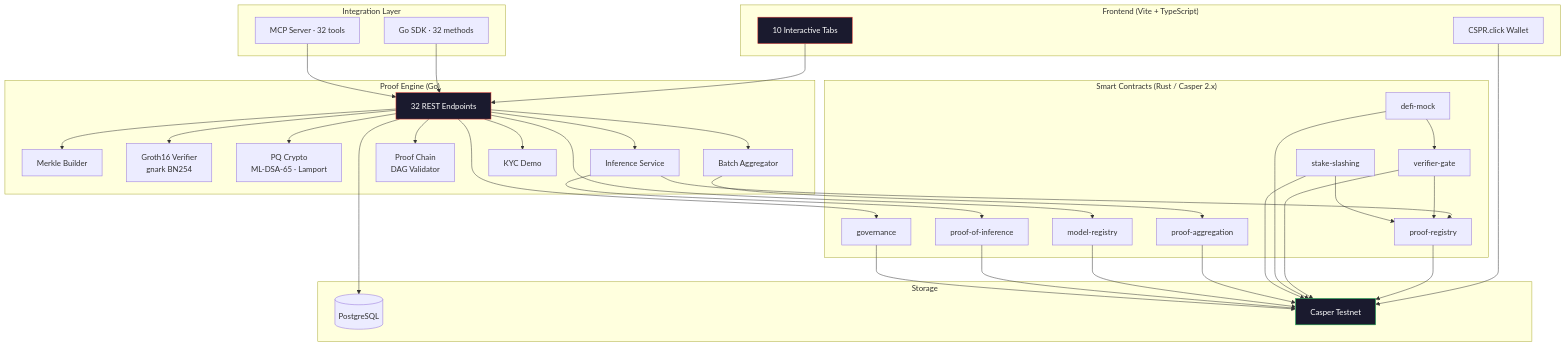
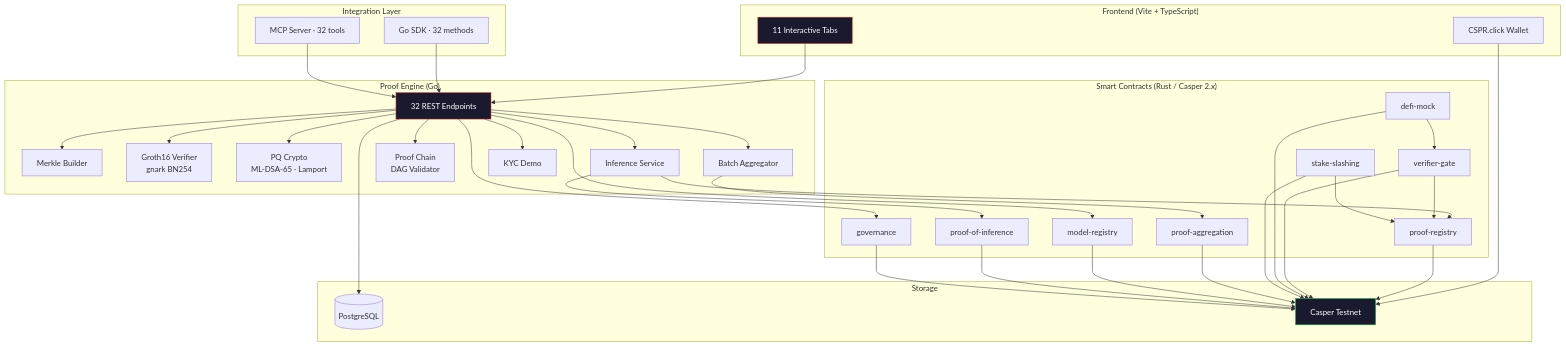
One commit to anna-stolbovskaja/CasperProver changed the second of 2 diagrams in README.md. Above: the diagram before and after it, drawn with Mermaid. The commit also changed other lines of this file and 4 other files, not shown here.

````diff
--- a/README.md
+++ b/README.md
@@ -121,59 +121,59 @@
 ```mermaid
 graph TB
     subgraph "Frontend (Vite + TypeScript)"
-        UI[10 Interactive Tabs]
+        UI[11 Interactive Tabs]
         WC[CSPR.click Wallet]
     end
 
     subgraph "Proof Engine (Go)"
         API[32 REST Endpoints]
         MK[Merkle Builder]
         ZK[Groth16 Verifier<br/>gnark BN254]
         PQ[PQ Crypto<br/>ML-DSA-65 · Lamport]
         AG[Batch Aggregator]
         PC[Proof Chain<br/>DAG Validator]
         INF[Inference Service]
         KYC[KYC Demo]
     end
 
     subgraph "Smart Contracts (Rust / Casper 2.x)"
         PR[proof-registry]
         VG[verifier-gate]
         DM[defi-mock]
         SS[stake-slashing]
         PA[proof-aggregation]
         MR[model-registry]
         POI[proof-of-inference]
         GOV[governance]
     end
 
     subgraph "Integration Layer"
         SDK[Go SDK · 32 methods]
         MCP[MCP Server · 32 tools]
     end
 
     subgraph "Storage"
         PG[(PostgreSQL)]
         CS[Casper Testnet]
     end
 
     UI --> API
     WC --> CS
     API --> MK & ZK & PQ & AG & PC & INF & KYC
     INF --> PR
     INF --> POI
     VG --> PR
     DM --> VG
     SS --> PR
     AG --> PA
     API --> MR
     API --> GOV
     API --> PG
     SDK --> API
     MCP --> API
     PR & VG & DM & SS & PA & MR & POI & GOV --> CS
 
     style UI fill:#1a1a2e,stroke:#e53935,color:#fff
     style API fill:#1a1a2e,stroke:#e53935,color:#fff
     style CS fill:#1a1a2e,stroke:#22c55e,color:#fff
 ```
````
